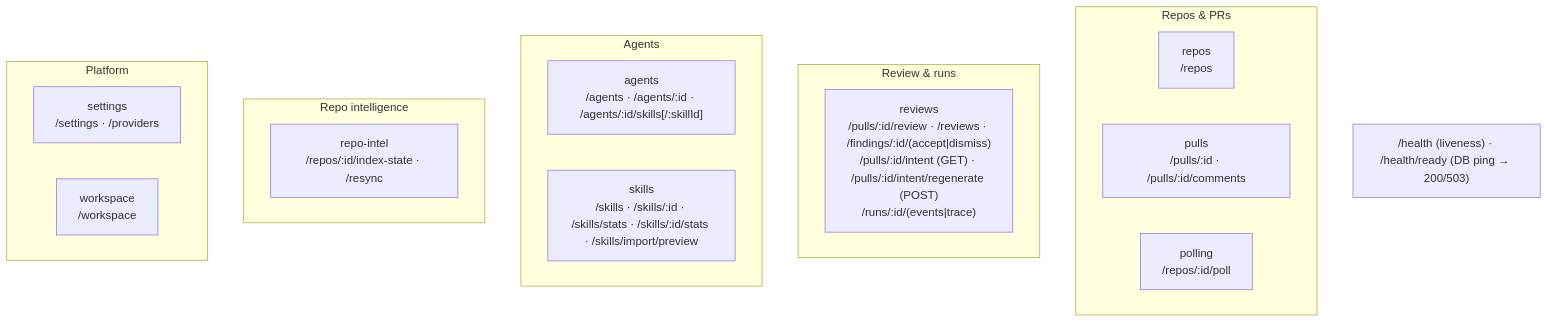
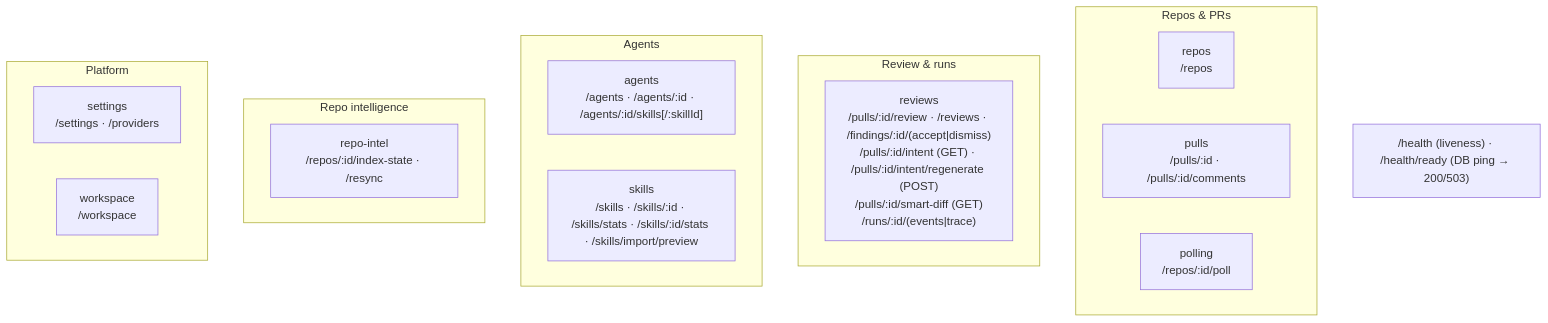
Before and after one commit to ai-agentic-engineering-neo/dev-digest: the second of 2 diagrams in server/README.md, drawn with Mermaid. The commit also changed other lines of this file and 51 other files, not shown here.

First line of the commit message:
feat(client,server): Smart Diff — role-grouped Files changed with inline findings

````diff
--- a/server/README.md
+++ b/server/README.md
@@ -64,23 +64,23 @@
 ```mermaid
 flowchart TB
   subgraph Repos_PRs["Repos & PRs"]
     repos["repos<br/>/repos"]
     pulls["pulls<br/>/pulls/:id · /pulls/:id/comments"]
     polling["polling<br/>/repos/:id/poll"]
   end
   subgraph Review["Review & runs"]
-    reviews["reviews<br/>/pulls/:id/review · /reviews · /findings/:id/(accept|dismiss)<br/>/pulls/:id/intent (GET) · /pulls/:id/intent/regenerate (POST)<br/>/runs/:id/(events|trace)"]
+    reviews["reviews<br/>/pulls/:id/review · /reviews · /findings/:id/(accept|dismiss)<br/>/pulls/:id/intent (GET) · /pulls/:id/intent/regenerate (POST)<br/>/pulls/:id/smart-diff (GET)<br/>/runs/:id/(events|trace)"]
   end
   subgraph Agents["Agents"]
     agents["agents<br/>/agents · /agents/:id · /agents/:id/skills[/:skillId]"]
     skills["skills<br/>/skills · /skills/:id · /skills/stats · /skills/:id/stats · /skills/import/preview"]
   end
   subgraph Intel["Repo intelligence"]
     repoIntel["repo-intel<br/>/repos/:id/index-state · /resync"]
   end
   subgraph Platform["Platform"]
     settings["settings<br/>/settings · /providers"]
     workspace["workspace<br/>/workspace"]
   end
   HEALTH["/health (liveness) · /health/ready (DB ping → 200/503)"]
 ```
````
